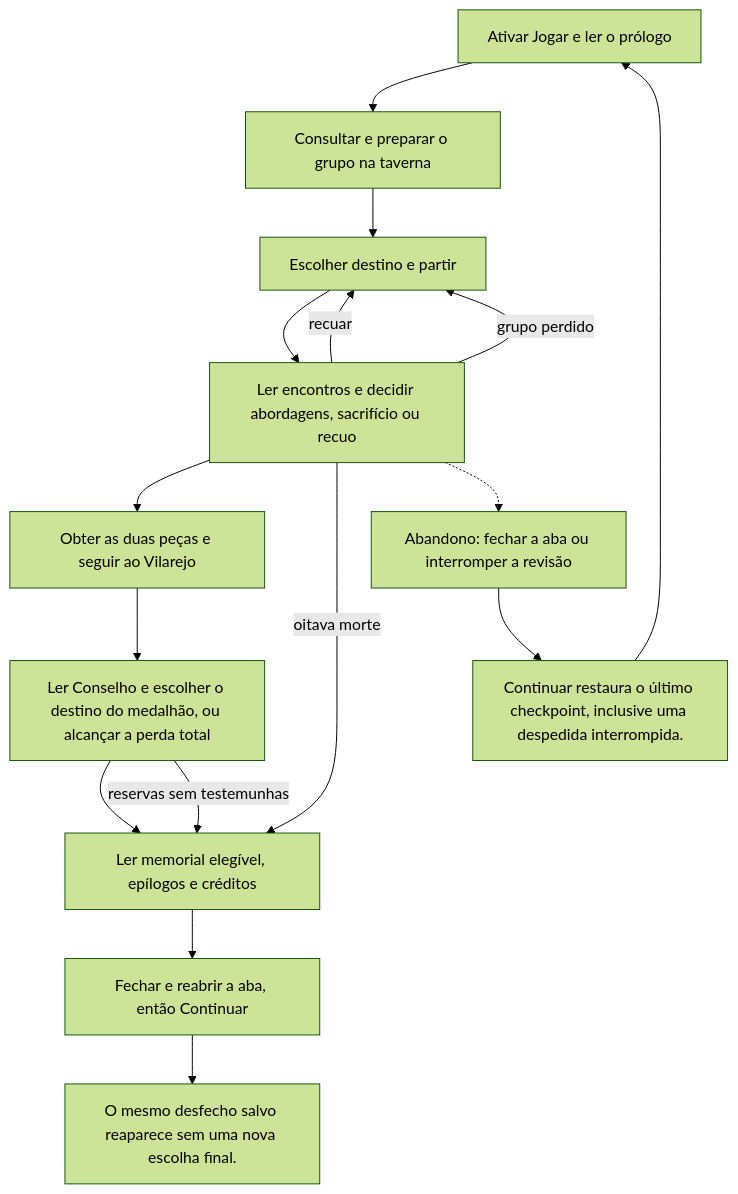
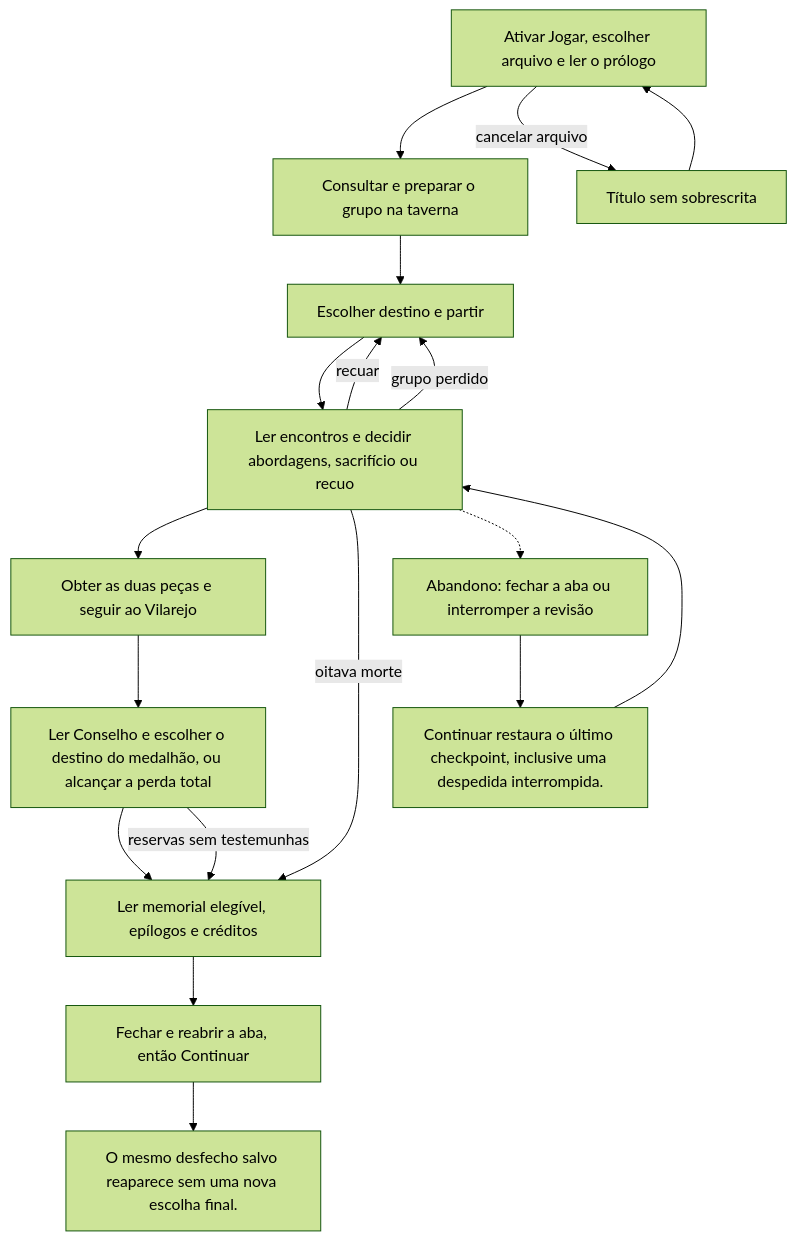
Before and after one commit to edneyreis999/gamejam-vn-terror: the diagram in docs/qa/journeys/J-mz-complete-campaign.md, drawn with Mermaid (forest theme). The commit also changed other lines of this file and 199 other files, not shown here.

````diff
--- a/docs/qa/journeys/J-mz-complete-campaign.md
+++ b/docs/qa/journeys/J-mz-complete-campaign.md
@@ -3,19 +3,21 @@
 ```mermaid
 flowchart TD
-A["Ativar Jogar e ler o prólogo"] --> B
+A["Ativar Jogar, escolher arquivo e ler o prólogo"] --> B
 B["Consultar e preparar o grupo na taverna"] --> C
 C["Escolher destino e partir"] --> D
 D["Ler encontros e decidir abordagens, sacrifício ou recuo"] --> E
 E["Obter as duas peças e seguir ao Vilarejo"] --> F
 F["Ler Conselho e escolher o destino do medalhão, ou alcançar a perda total"] --> G
 G["Ler memorial elegível, epílogos e créditos"] --> H
 H["Fechar e reabrir a aba, então Continuar"]
+A -->|cancelar arquivo| T[Título sem sobrescrita]
+T --> A
 D -->|recuar| C
 D -->|grupo perdido| C
 D -->|oitava morte| G
 F -->|reservas sem testemunhas| G
 D -.-> X["Abandono: fechar a aba ou interromper a revisão"]
 X --> R["Continuar restaura o último checkpoint, inclusive uma despedida interrompida."]
-R --> A
+R --> D
 H --> Z["O mesmo desfecho salvo reaparece sem uma nova escolha final."]
 ```
````
